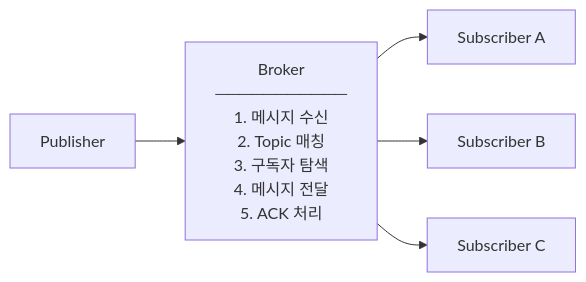
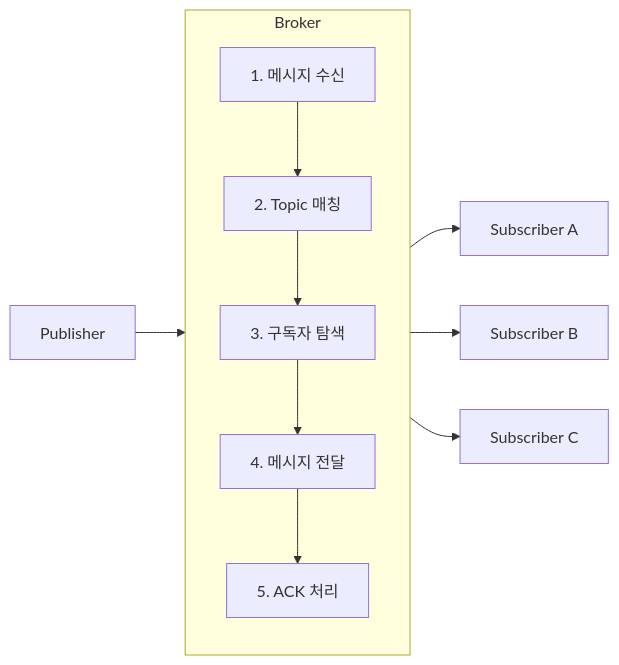
The fifth of 5 diagrams in contents/database/mqtt-v5-완벽-가이드-1-입문과-기본-아키텍처/index.md (kenshin579/blog-v2.advenoh.pe.kr), drawn with Mermaid before and after one commit. The commit also changed other lines of this file and 47 other files, not shown here.

````diff
--- a/contents/database/mqtt-v5-완벽-가이드-1-입문과-기본-아키텍처/index.md
+++ b/contents/database/mqtt-v5-완벽-가이드-1-입문과-기본-아키텍처/index.md
@@ -231,10 +217,16 @@
 ```mermaid
 flowchart LR
     P[Publisher] --> B
 
-    B["Broker<br/>───────────<br/>1. 메시지 수신<br/>2. Topic 매칭<br/>3. 구독자 탐색<br/>4. 메시지 전달<br/>5. ACK 처리"]
+    subgraph B["Broker"]
+        direction TB
+        R1["1. 메시지 수신"] --> R2["2. Topic 매칭"]
+        R2 --> R3["3. 구독자 탐색"]
+        R3 --> R4["4. 메시지 전달"]
+        R4 --> R5["5. ACK 처리"]
+    end
 
     B --> SA[Subscriber A]
     B --> SB[Subscriber B]
     B --> SC[Subscriber C]
 ```
````
